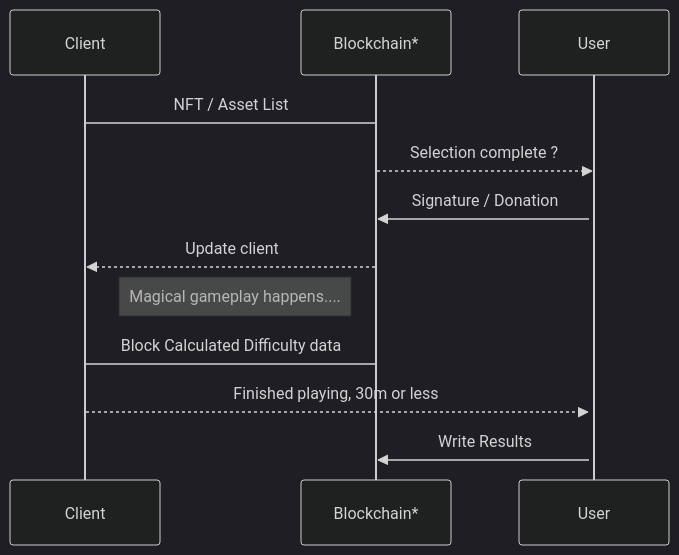
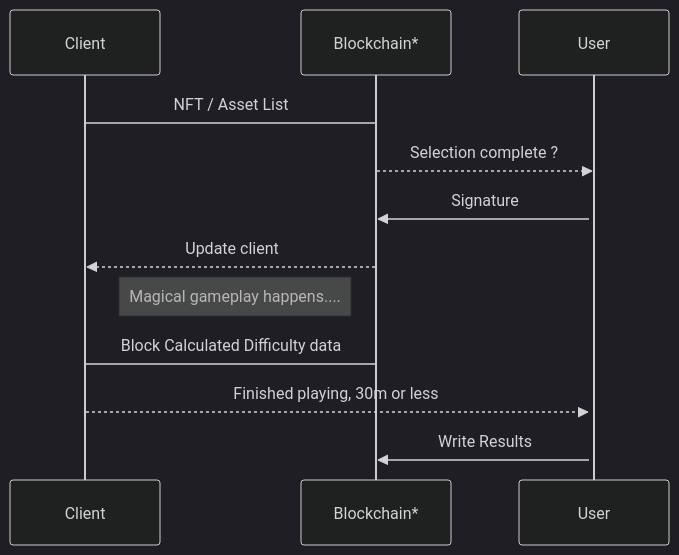
Before and after one commit to OnChainSurvivor/OnChainSurvivor: the first of 4 diagrams in README.md, drawn with Mermaid (dark theme). The commit also changed other lines of this file, not shown here.

````diff
--- a/README.md
+++ b/README.md
@@ -107,12 +107,12 @@
 ```mermaid
 sequenceDiagram
 Client -> Blockchain*: NFT / Asset List
 Blockchain* -->>User: Selection complete ?
 activate User
-User->> Blockchain*: Signature / Donation
+User->> Blockchain*: Signature 
 Blockchain*-->> Client:Update client
 Note left of Blockchain*: Magical gameplay happens....
 Blockchain* -> Client: Block Calculated Difficulty data
 Client-->>User: Finished playing, 30m or less
 User->> Blockchain*: Write Results
 ```
````
